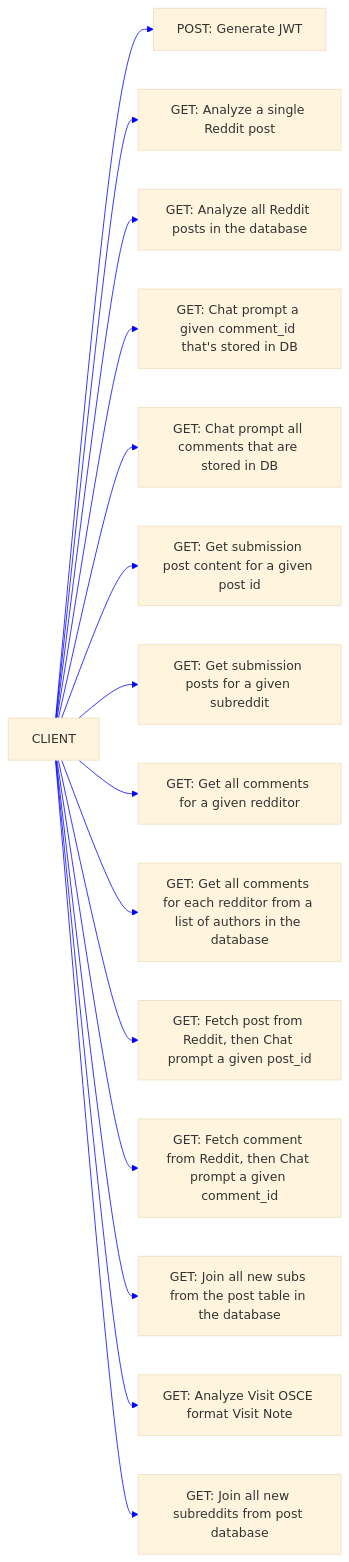
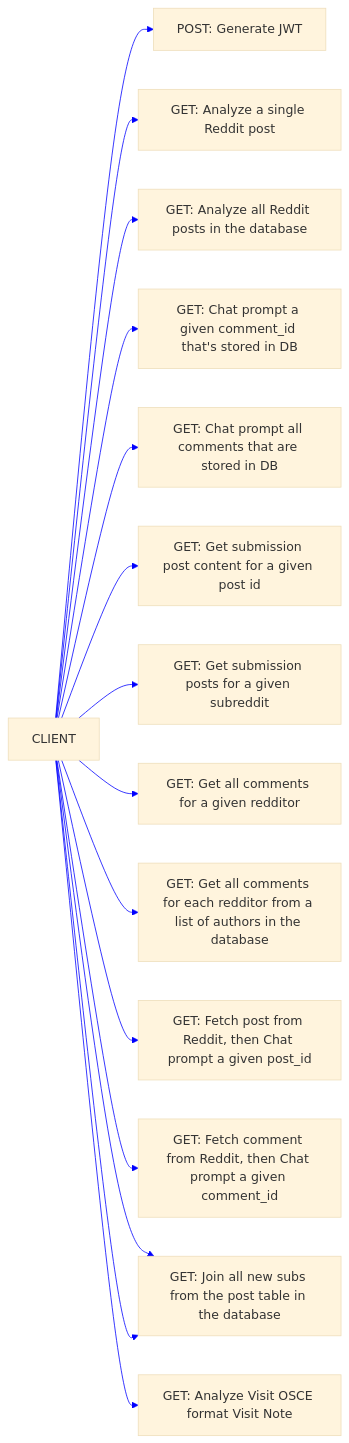
Before and after one commit to ovaisq/LLM-MedBillingForecast: the second of 3 diagrams in README.md, drawn with Mermaid.

Commit message:
updated README.md with new endpoints

````diff
--- a/README.md
+++ b/README.md
@@ -93,32 +93,31 @@
 ```mermaid
 %%{init: {'theme': 'base', 'themeVariables': {'lineColor': 'Blue'}}}%%
 graph LR
     sub["/login"] --> sub3
     sub["/analyze_post"] --> sub1
     sub["/analyze_posts"] --> sub2
     sub["/analyze_comment"] --> sub9
     sub["/analyze_comments"] --> sub10
     sub["/get_sub_post"] --> sub4
     sub["/get_sub_posts"] --> sub5
     sub["/get_author_comments"] --> sub6
     sub["/get_authors_comments"] --> sub7
     sub["/get_and_analyze_post"] --> sub12
     sub["/get_and_analyze_comment"] --> sub14
     sub["/join_new_subs"] --> sub11
     sub["/analyze_visit_note"] --> sub13
-    sub["CLIENT"] --> sub8
+    sub["CLIENT"] --> sub11
     sub1["GET: Analyze a single Reddit post"]
     sub2["GET: Analyze all Reddit posts in the database"]
     sub3["POST: Generate JWT"]
     sub4["GET: Get submission post content for a given post id"]
     sub5["GET: Get submission posts for a given subreddit"]
     sub6["GET: Get all comments for a given redditor"]
     sub7["GET: Get all comments for each redditor from a list of authors in the database"]
-    sub8["GET: Join all new subreddits from post database"]
     sub9["GET: Chat prompt a given comment_id that's stored in DB"]
     sub10["GET: Chat prompt all comments that are stored in DB"]
     sub11["GET: Join all new subs from the post table in the database"]
     sub12["GET: Fetch post from Reddit, then Chat prompt a given post_id"]
     sub13["GET: Analyze Visit OSCE format Visit Note"]
     sub14["GET: Fetch comment from Reddit, then Chat prompt a given comment_id"]
 ```
````
